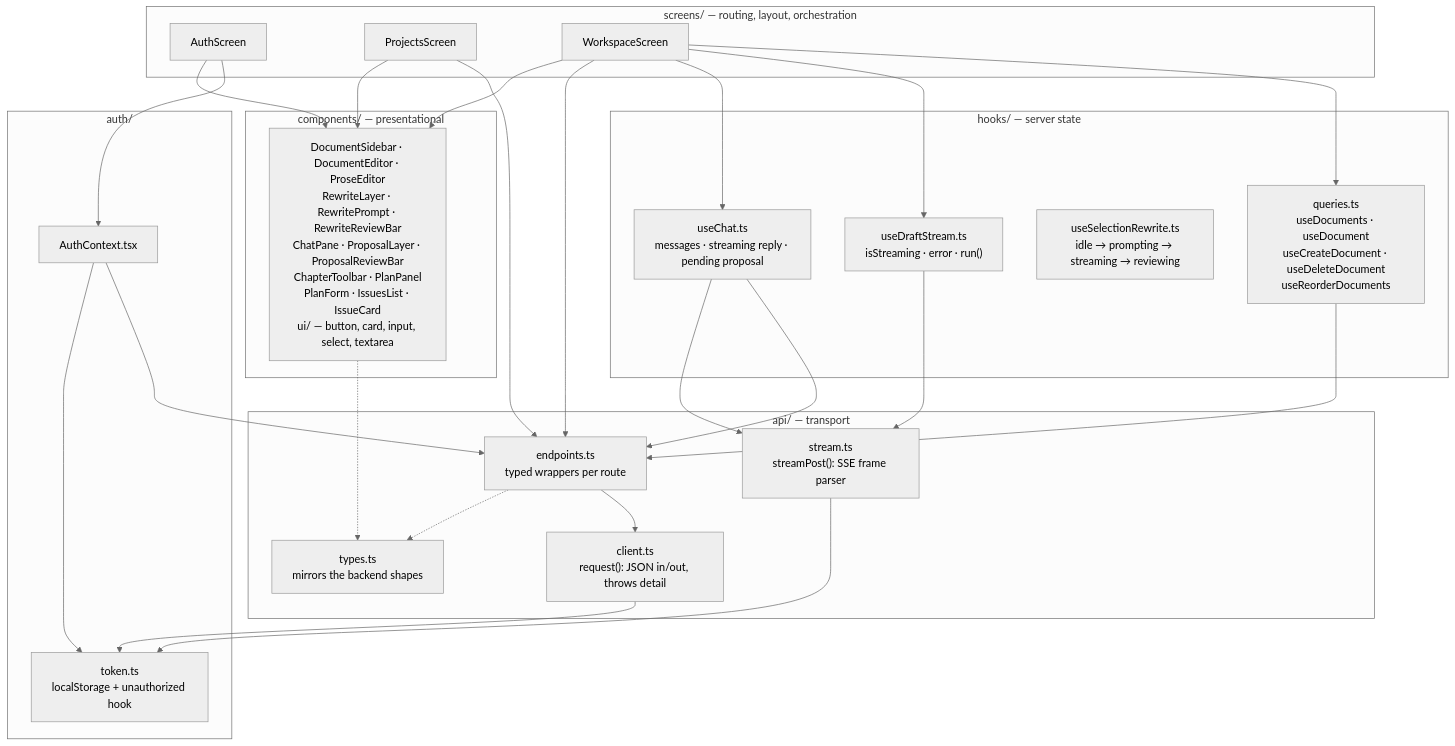
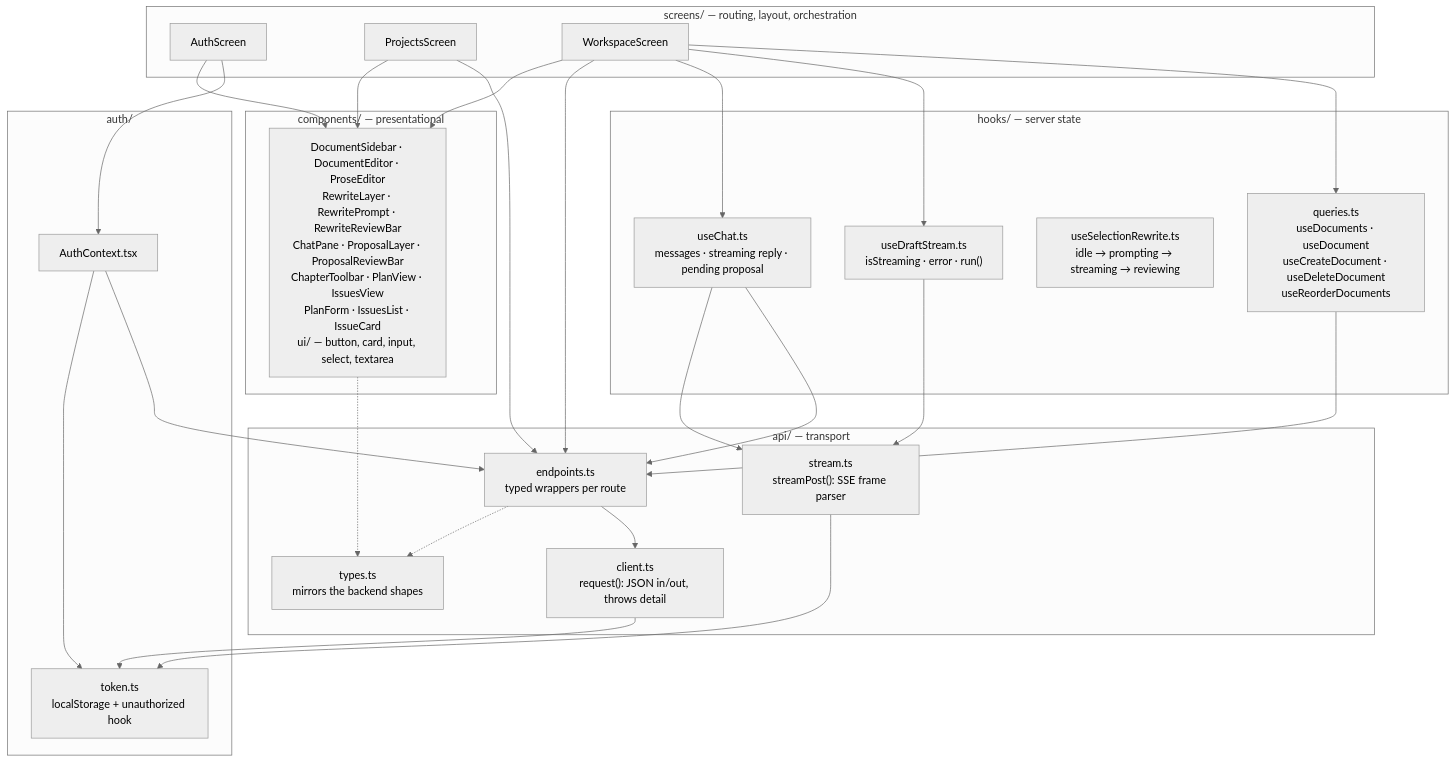
One commit to Akazz-L/maya changed the second of 3 diagrams in docs/diagrams/04-frontend-architecture.md. Above: the diagram before and after it, drawn with Mermaid (neutral theme). The commit also changed other lines of this file and 13 other files, not shown here.

First line of the commit message:
feat: replace the plan panel with Write / Plan / Issues chapter views

````diff
--- a/docs/diagrams/04-frontend-architecture.md
+++ b/docs/diagrams/04-frontend-architecture.md
@@ -52,54 +54,54 @@
 ```mermaid
 graph TD
     subgraph screens["screens/ — routing, layout, orchestration"]
         AS["AuthScreen"]
         PS["ProjectsScreen"]
         WSS["WorkspaceScreen"]
     end
 
     subgraph components["components/ — presentational"]
-        CMP["DocumentSidebar · DocumentEditor · ProseEditor<br/>RewriteLayer · RewritePrompt · RewriteReviewBar<br/>ChatPane · ProposalLayer · ProposalReviewBar<br/>ChapterToolbar · PlanPanel<br/>PlanForm · IssuesList · IssueCard<br/>ui/ — button, card, input, select, textarea"]
+        CMP["DocumentSidebar · DocumentEditor · ProseEditor<br/>RewriteLayer · RewritePrompt · RewriteReviewBar<br/>ChatPane · ProposalLayer · ProposalReviewBar<br/>ChapterToolbar · PlanView · IssuesView<br/>PlanForm · IssuesList · IssueCard<br/>ui/ — button, card, input, select, textarea"]
     end
 
     subgraph hooks["hooks/ — server state"]
         Q["queries.ts<br/>useDocuments · useDocument<br/>useCreateDocument · useDeleteDocument<br/>useReorderDocuments"]
         DS["useDraftStream.ts<br/>isStreaming · error · run()"]
         SR["useSelectionRewrite.ts<br/>idle → prompting → streaming → reviewing"]
         CH["useChat.ts<br/>messages · streaming reply · pending proposal"]
     end
 
     subgraph api["api/ — transport"]
         EP["endpoints.ts<br/>typed wrappers per route"]
         CL["client.ts<br/>request(): JSON in/out, throws detail"]
         ST["stream.ts<br/>streamPost(): SSE frame parser"]
         TY["types.ts<br/>mirrors the backend shapes"]
     end
 
     subgraph auth["auth/"]
         AC["AuthContext.tsx"]
         TK["token.ts<br/>localStorage + unauthorized hook"]
     end
 
     AS --> AC
     PS --> EP
     WSS --> Q
     WSS --> DS
     WSS --> CH
     WSS --> EP
     WSS --> CMP
     PS --> CMP
     AS --> CMP
     Q --> EP
     DS --> ST
     CH --> EP
     CH --> ST
     EP --> CL
     CL --> TK
     ST --> TK
     AC --> EP
     AC --> TK
     EP -.-> TY
     CMP -.-> TY
 
     classDef layer fill:#f7f7f2,stroke:#999
 ```
````
